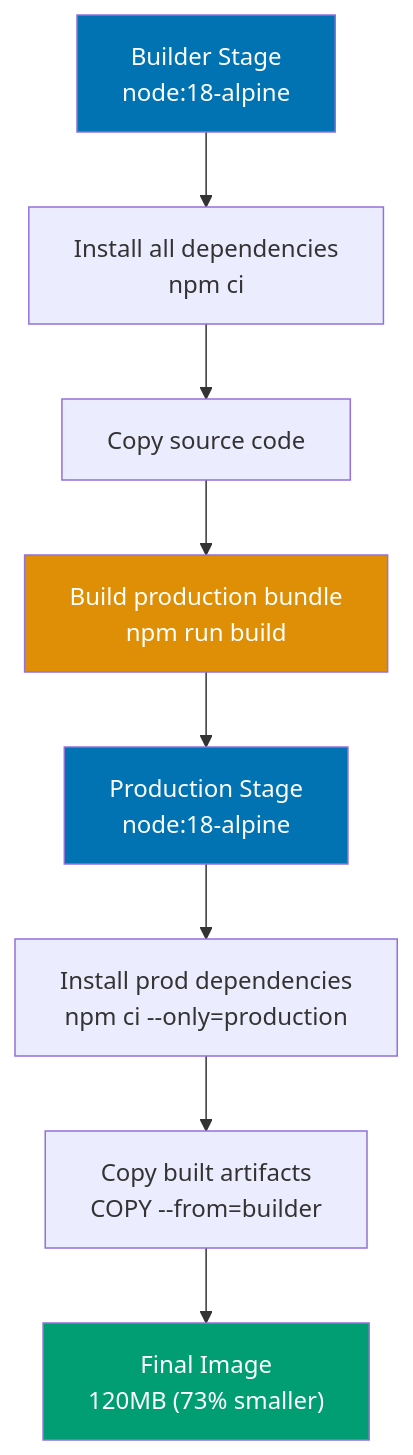
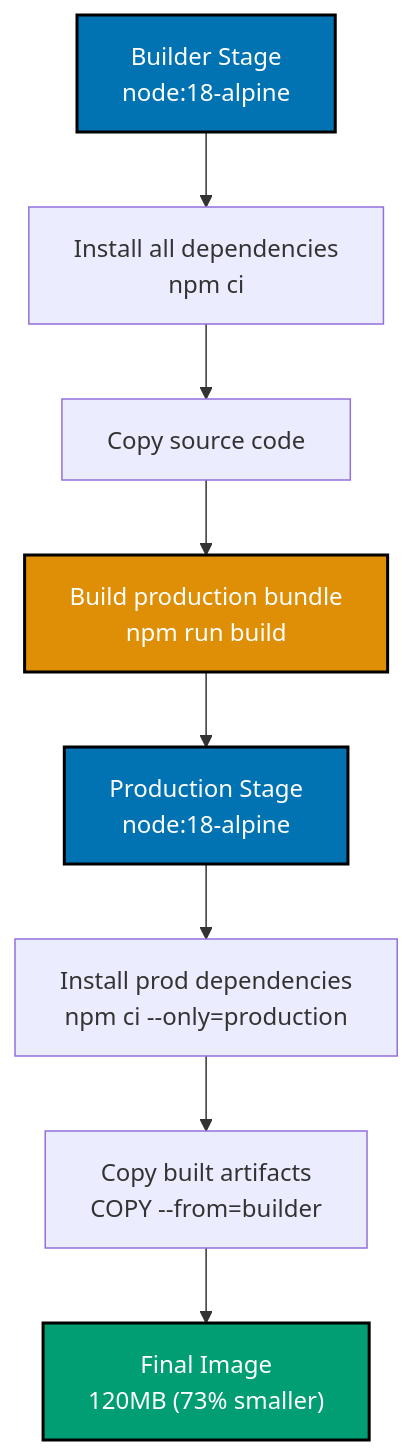
One commit to wahidyankf/open-sharia-enterprise changed the first of 11 diagrams in apps/ayokoding-web/content/en/learn/software-engineering/infrastructure/tools/docker/by-example/intermediate.md. Above: the diagram before and after it, drawn with Mermaid. The commit also changed other lines of this file and 25 other files, not shown here.

````diff
--- a/apps/ayokoding-web/content/en/learn/software-engineering/infrastructure/tools/docker/by-example/intermediate.md
+++ b/apps/ayokoding-web/content/en/learn/software-engineering/infrastructure/tools/docker/by-example/intermediate.md
@@ -20,16 +20,17 @@
 ```mermaid
+%% Color Palette: Blue #0173B2, Orange #DE8F05, Teal #029E73, Purple #CC78BC, Brown #CA9161
 %% Multi-stage build flow
 graph TD
  A["Builder Stage<br/>node:18-alpine"] --> B["Install all dependencies<br/>npm ci"]
  B --> C["Copy source code"]
  C --> D["Build production bundle<br/>npm run build"]
  D --> E["Production Stage<br/>node:18-alpine"]
  E --> F["Install prod dependencies<br/>npm ci --only=production"]
  F --> G["Copy built artifacts<br/>COPY --from=builder"]
  G --> H["Final Image<br/>120MB #40;73% smaller#41;"]
 
- style A fill:#0173B2,color:#fff
- style D fill:#DE8F05,color:#fff
- style E fill:#0173B2,color:#fff
- style H fill:#029E73,color:#fff
+ style A fill:#0173B2,stroke:#000000,stroke-width:2px,color:#fff
+ style D fill:#DE8F05,stroke:#000000,stroke-width:2px,color:#fff
+ style E fill:#0173B2,stroke:#000000,stroke-width:2px,color:#fff
+ style H fill:#029E73,stroke:#000000,stroke-width:2px,color:#fff
 ```
````
